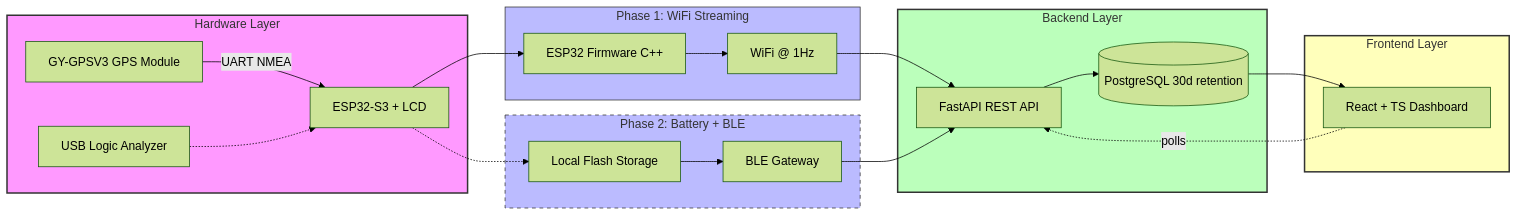
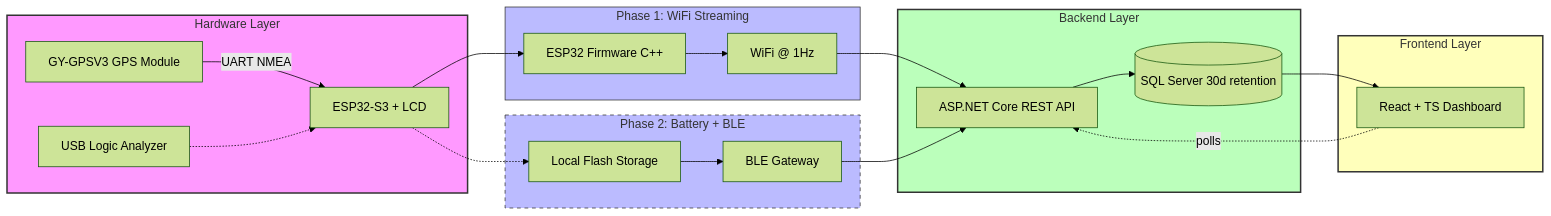
One commit to rodrigotristany/asset-tracker-platform changed the first of 6 diagrams in specs/diagrams.md. Above: the diagram before and after it, drawn with Mermaid (forest theme). The commit also changed other lines of this file and 11 other files, not shown here.

````diff
--- a/specs/diagrams.md
+++ b/specs/diagrams.md
@@ -9,45 +9,45 @@
 ```mermaid
 flowchart LR
     subgraph Hardware [Hardware Layer]
         GPS[GY-GPSV3 GPS Module]
         ESP32[ESP32-S3 + LCD]
         LU[USB Logic Analyzer]
     end
 
     subgraph Phase1 [Phase 1: WiFi Streaming]
         FW[ESP32 Firmware C++]
         NET[WiFi @ 1Hz]
     end
 
     subgraph Phase2 [Phase 2: Battery + BLE]
         BLE[BLE Gateway]
         FLASH[Local Flash Storage]
     end
 
     subgraph Backend [Backend Layer]
-        API[FastAPI REST API]
-        DB[(PostgreSQL 30d retention)]
+        API[ASP.NET Core REST API]
+        DB[(SQL Server 30d retention)]
     end
 
     subgraph Frontend [Frontend Layer]
         DASH[React + TS Dashboard]
     end
 
     GPS -- UART NMEA --> ESP32
     LU -.-> ESP32
     ESP32 --> FW
     FW --> NET
     NET --> API
     ESP32 -.-> FLASH
     FLASH --> BLE
     BLE --> API
     API --> DB
     DB --> DASH
     DASH -. polls .-> API
 
     style Hardware fill:#f9f,stroke:#333,stroke-width:2px
     style Phase1 fill:#bbf,stroke:#333,stroke-width:1px
     style Phase2 fill:#bbf,stroke:#333,stroke-width:1px,stroke-dasharray: 5 5
     style Backend fill:#bfb,stroke:#333,stroke-width:2px
     style Frontend fill:#ffb,stroke:#333,stroke-width:2px
 ```
````
